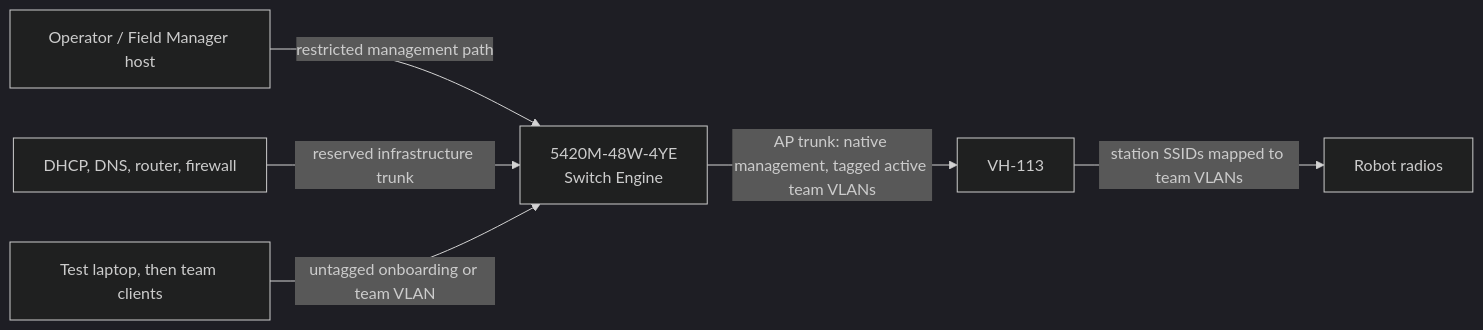
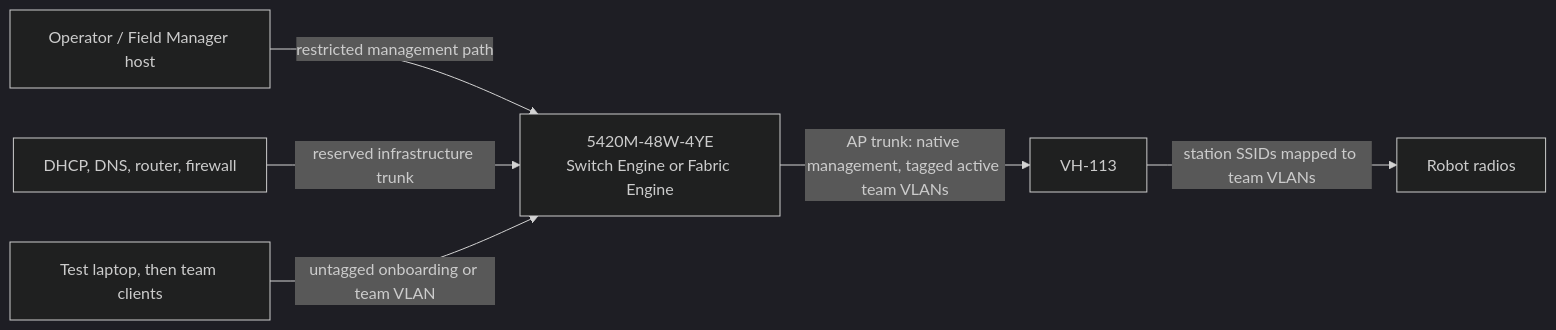
The diagram in docs/hardware-setup.md (Hemlock5712/Field-Manager), drawn with Mermaid (dark theme) before and after one commit. The commit also changed other lines of this file and 35 other files, not shown here.

````diff
--- a/docs/hardware-setup.md
+++ b/docs/hardware-setup.md
@@ -78,8 +76,8 @@
 ```mermaid
 flowchart LR
-  operator["Operator / Field Manager host"] -->|"restricted management path"| sw["5420M-48W-4YE\nSwitch Engine"]
+  operator["Operator / Field Manager host"] -->|"restricted management path"| sw["5420M-48W-4YE\nSwitch Engine or Fabric Engine"]
   infra["DHCP, DNS, router, firewall"] -->|"reserved infrastructure trunk"| sw
   client["Test laptop, then team clients"] -->|"untagged onboarding or team VLAN"| sw
   sw -->|"AP trunk: native management, tagged active team VLANs"| ap["VH-113"]
   ap -->|"station SSIDs mapped to team VLANs"| radio["Robot radios"]
 ```
````
